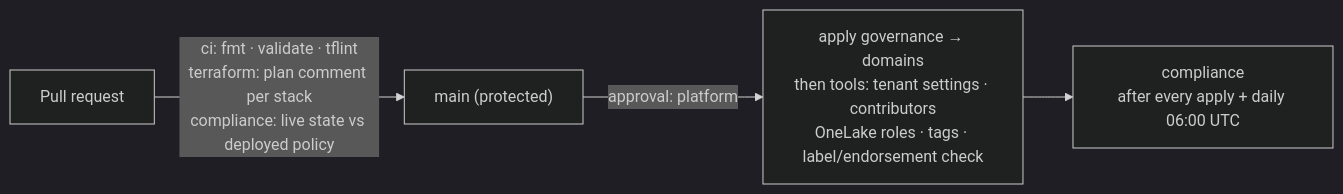
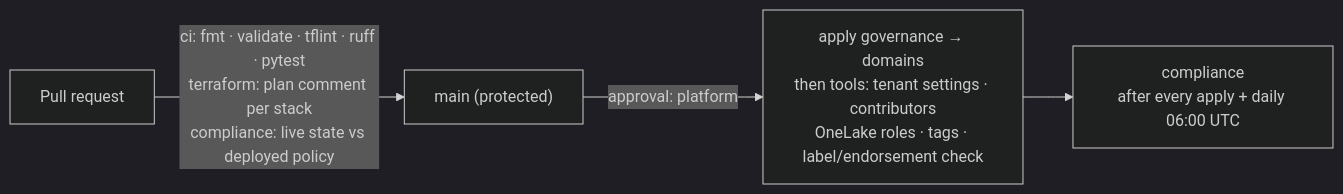
One commit to felipecastro-data/fabric-domain-architecture-purview-governance changed the fourth of 4 diagrams in README.md. Above: the diagram before and after it, drawn with Mermaid (dark theme). The commit also changed other lines of this file and 37 other files, not shown here.

First line of the commit message:
Python package, ruff, pytest, Makefile

````diff
--- a/README.md
+++ b/README.md
@@ -160,6 +160,6 @@
 ```mermaid
 flowchart LR
-    PR["Pull request"] -->|"ci: fmt · validate · tflint<br/>terraform: plan comment per stack<br/>compliance: live state vs deployed policy"| Main["main (protected)"]
+    PR["Pull request"] -->|"ci: fmt · validate · tflint · ruff · pytest<br/>terraform: plan comment per stack<br/>compliance: live state vs deployed policy"| Main["main (protected)"]
     Main -->|"approval: platform"| Apply["apply governance → domains<br/>then tools: tenant settings · contributors<br/>OneLake roles · tags · label/endorsement check"]
     Apply --> C["compliance<br/>after every apply + daily 06:00 UTC"]
 ```
````
